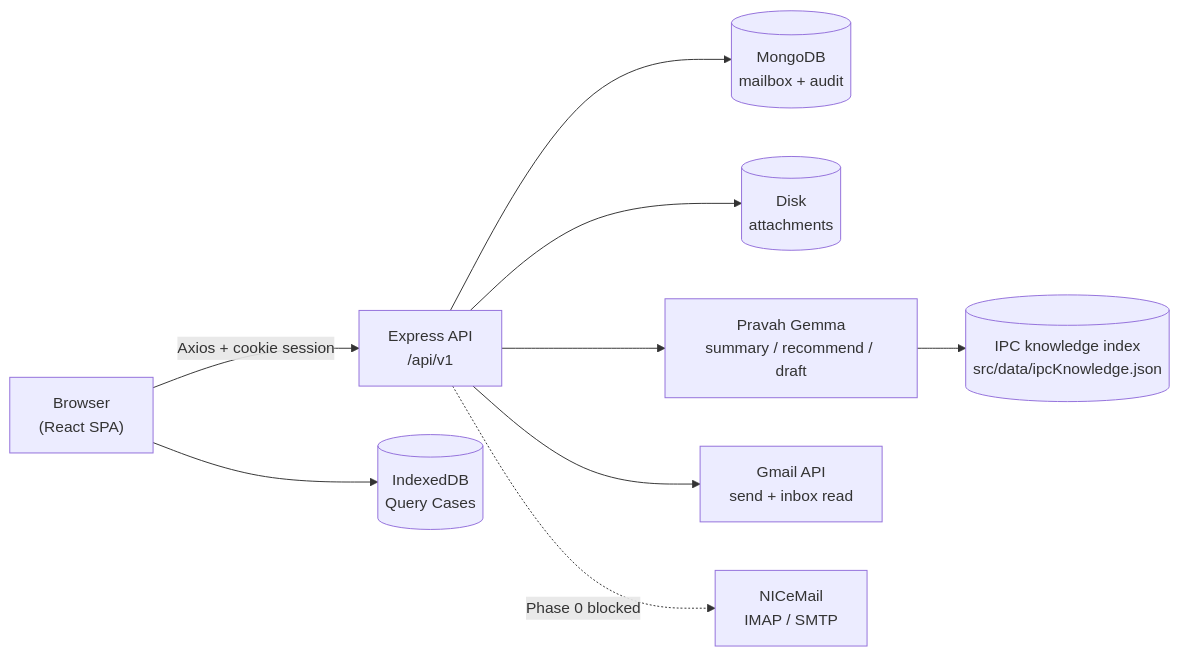
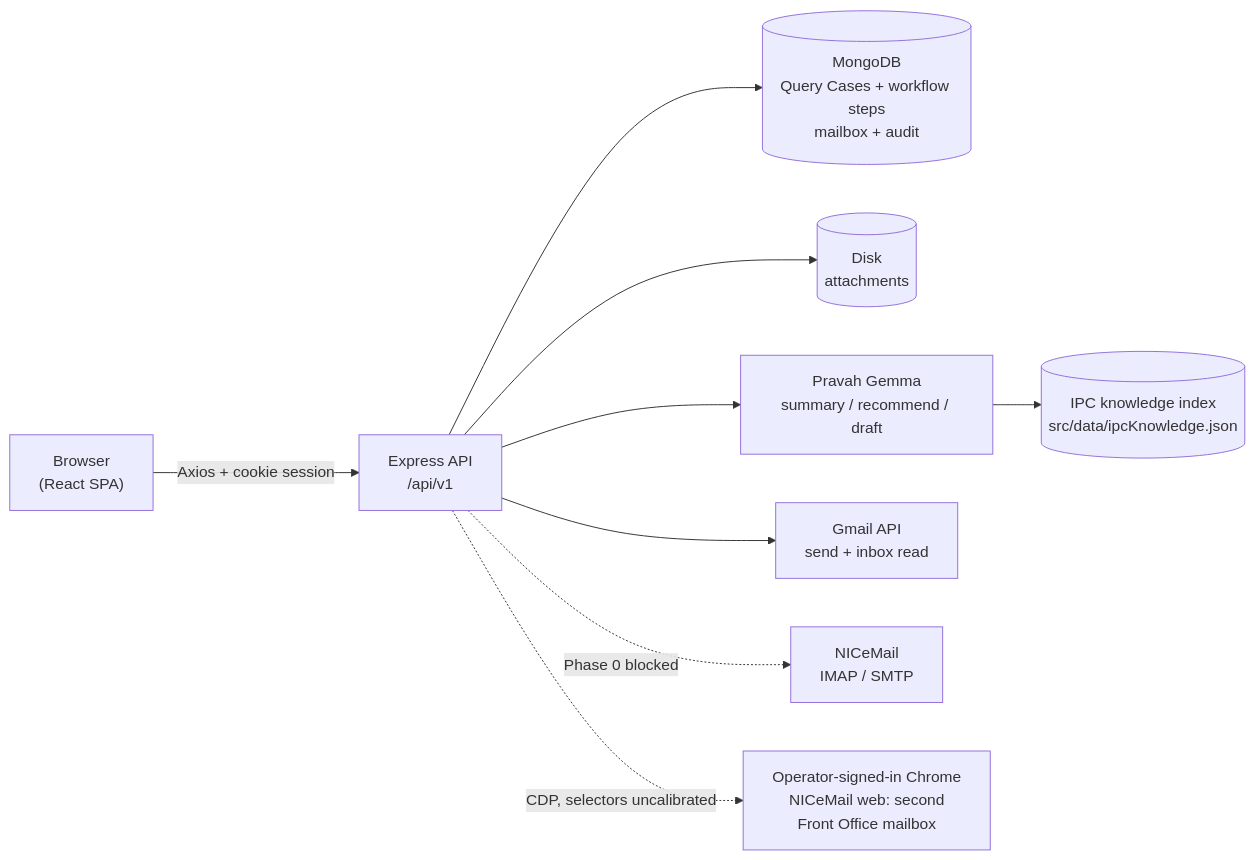
One commit to Abhinash04/ipc-qms changed the first of 2 diagrams in docs/architecture/system-architecture.md. Above: the diagram before and after it, drawn with Mermaid. The commit also changed other lines of this file and 14 other files, not shown here.

First line of the commit message:
docs: document the server-authoritative workflow and the NICeMail mailbox

````diff
--- a/docs/architecture/system-architecture.md
+++ b/docs/architecture/system-architecture.md
@@ -5,13 +5,13 @@
 ```mermaid
 flowchart LR
     Browser["Browser\n(React SPA)"] -->|Axios + cookie session| API["Express API\n/api/v1"]
-    Browser --> IDB[("IndexedDB\nQuery Cases")]
 
-    API --> DB[("MongoDB\nmailbox + audit")]
+    API --> DB[("MongoDB\nQuery Cases + workflow steps\nmailbox + audit")]
     API --> Disk[("Disk\nattachments")]
     API --> AI["Pravah Gemma\nsummary / recommend / draft"]
     API --> Mail["Gmail API\nsend + inbox read"]
     API -.Phase 0 blocked.-> NIC["NICeMail\nIMAP / SMTP"]
+    API -.->|CDP, selectors uncalibrated| NICWeb["Operator-signed-in Chrome\nNICeMail web: second\nFront Office mailbox"]
 
     AI --> Corpus[("IPC knowledge index\nsrc/data/ipcKnowledge.json")]
 ```
````
